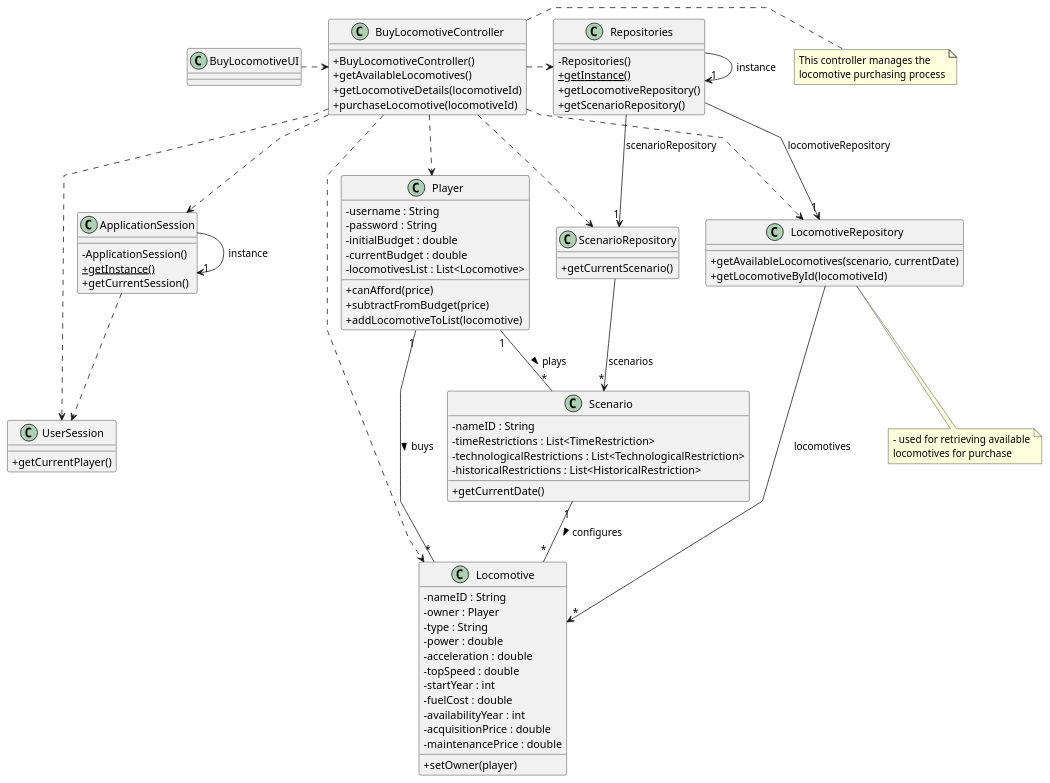
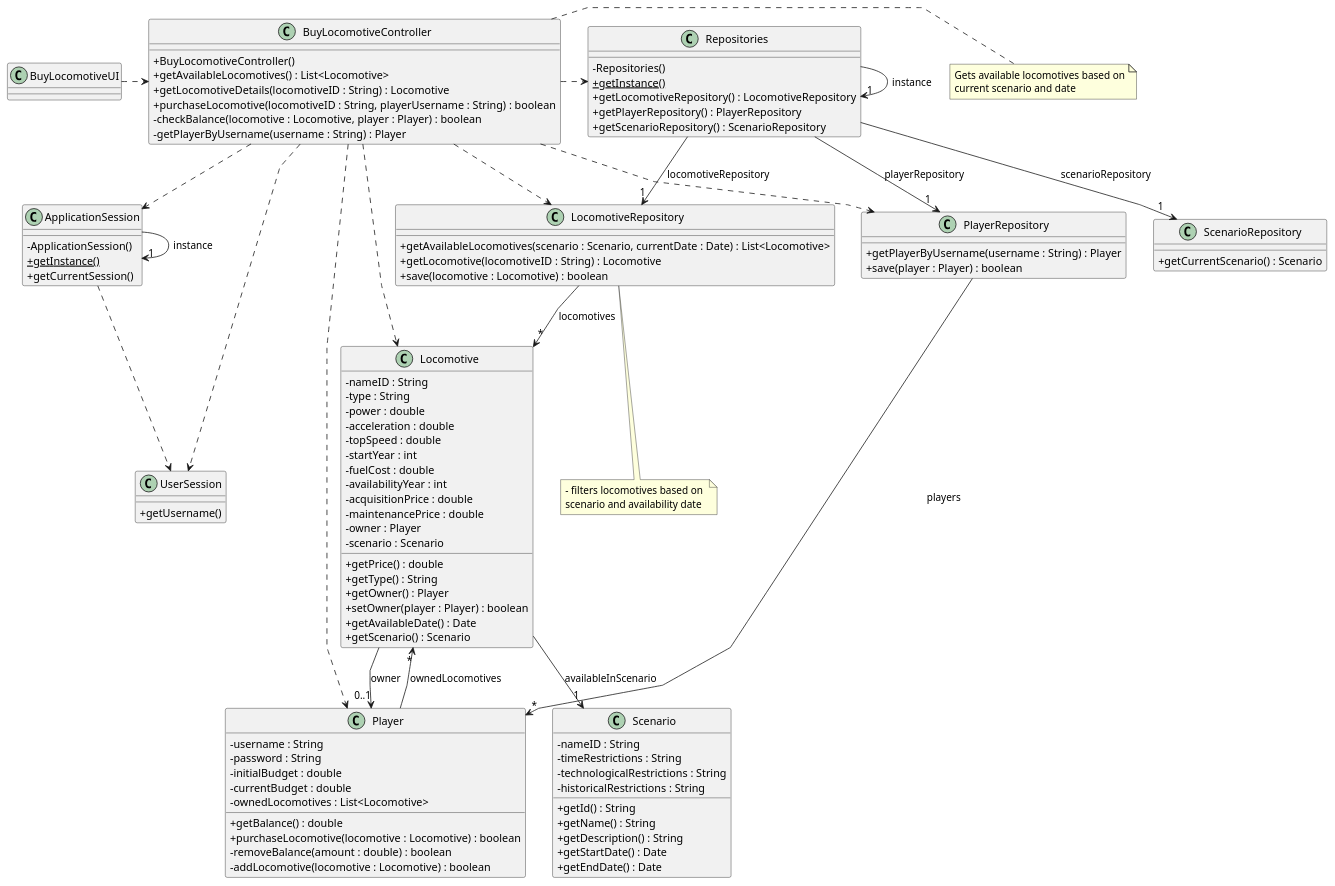
The diagram in docs/system-documentation/Sprint 2/US09/03.design/puml/US09-CD.puml (HenriqueSilva18/Railway-Network-Simulator), drawn with PlantUML before and after one commit. The commit also changed 14 other files, not shown here.

```diff
--- a/docs/system-documentation/Sprint 2/US09/03.design/puml/US09-CD.puml
+++ b/docs/system-documentation/Sprint 2/US09/03.design/puml/US09-CD.puml
@@ -1,122 +1,143 @@
 @startuml
 'skinparam monochrome true
 skinparam packageStyle rectangle
 skinparam shadowing false
 skinparam linetype polyline
 'skinparam linetype orto
 
 skinparam classAttributeIconSize 0
 
 'left to right direction
 
 class ApplicationSession
 {
     - ApplicationSession()
     + {static} getInstance()
     + getCurrentSession()
 }
 
 class UserSession
 {
-    + getCurrentPlayer()
+    + getUsername()
 }
 
 class Player {
     - username : String
     - password : String
     - initialBudget : double
     - currentBudget : double
-    - locomotivesList : List<Locomotive>
-
-    + canAfford(price)
-    + subtractFromBudget(price)
-    + addLocomotiveToList(locomotive)
+    - ownedLocomotives : List<Locomotive>
+    
+    + getBalance() : double
+    + purchaseLocomotive(locomotive : Locomotive) : boolean
+    - removeBalance(amount : double) : boolean
+    - addLocomotive(locomotive : Locomotive) : boolean
 }
 
 class Locomotive {
     - nameID : String
-    - owner : Player
     - type : String
     - power : double
     - acceleration : double
     - topSpeed : double
     - startYear : int
     - fuelCost : double
     - availabilityYear : int
     - acquisitionPrice : double
     - maintenancePrice : double
-
-    + setOwner(player)
+    - owner : Player
+    - scenario : Scenario
+    
+    + getPrice() : double
+    + getType() : String
+    + getOwner() : Player
+    + setOwner(player : Player) : boolean
+    + getAvailableDate() : Date
+    + getScenario() : Scenario
 }
 
 class Scenario {
     - nameID : String
-    - timeRestrictions : List<TimeRestriction>
-    - technologicalRestrictions : List<TechnologicalRestriction>
-    - historicalRestrictions : List<HistoricalRestriction>
-
-    + getCurrentDate()
+    - timeRestrictions : String
+    - technologicalRestrictions : String
+    - historicalRestrictions : String
+    
+    + getId() : String
+    + getName() : String
+    + getDescription() : String
+    + getStartDate() : Date
+    + getEndDate() : Date
 }
 
 class LocomotiveRepository {
-    + getAvailableLocomotives(scenario, currentDate)
-    + getLocomotiveById(locomotiveId)
+    + getAvailableLocomotives(scenario : Scenario, currentDate : Date) : List<Locomotive>
+    + getLocomotive(locomotiveID : String) : Locomotive
+    + save(locomotive : Locomotive) : boolean
+}
+
+class PlayerRepository {
+    + getPlayerByUsername(username : String) : Player
+    + save(player : Player) : boolean
 }
 
 class ScenarioRepository {
-    + getCurrentScenario()
+    + getCurrentScenario() : Scenario
 }
 
 class Repositories {
     - Repositories()
     + {static} getInstance()
-    + getLocomotiveRepository()
-    + getScenarioRepository()
+    + getLocomotiveRepository() : LocomotiveRepository
+    + getPlayerRepository() : PlayerRepository
+    + getScenarioRepository() : ScenarioRepository
 }
 
 class BuyLocomotiveController {
     + BuyLocomotiveController()
-    + getAvailableLocomotives()
-    + getLocomotiveDetails(locomotiveId)
-    + purchaseLocomotive(locomotiveId)
+    + getAvailableLocomotives() : List<Locomotive>
+    + getLocomotiveDetails(locomotiveID : String) : Locomotive
+    + purchaseLocomotive(locomotiveID : String, playerUsername : String) : boolean
+    - checkBalance(locomotive : Locomotive, player : Player) : boolean
+    - getPlayerByUsername(username : String) : Player
 }
 
 note right of BuyLocomotiveController
-    This controller manages the
-    locomotive purchasing process
+    Gets available locomotives based on
+    current scenario and date
 end note
 
 note bottom of LocomotiveRepository
-    - used for retrieving available
-    locomotives for purchase
+    - filters locomotives based on 
+    scenario and availability date
 end note
 
 class BuyLocomotiveUI {
 }
 
 BuyLocomotiveUI .> BuyLocomotiveController
 
 BuyLocomotiveController ..> ApplicationSession
 BuyLocomotiveController ..> UserSession
+BuyLocomotiveController ..> Locomotive
 BuyLocomotiveController ..> LocomotiveRepository
-BuyLocomotiveController ..> ScenarioRepository
 BuyLocomotiveController ..> Player
-BuyLocomotiveController ..> Locomotive
+BuyLocomotiveController ..> PlayerRepository
 BuyLocomotiveController .> Repositories
 
 Repositories -> "1" Repositories : instance
 Repositories --> "1" LocomotiveRepository : locomotiveRepository
+Repositories --> "1" PlayerRepository : playerRepository
 Repositories --> "1" ScenarioRepository : scenarioRepository
 
 ApplicationSession -> "1" ApplicationSession : instance
 ApplicationSession ..> UserSession
 
 LocomotiveRepository --> "*" Locomotive : locomotives
 
-ScenarioRepository --> "*" Scenario : scenarios
+PlayerRepository --> "*" Player : players
 
-Player "1" -- "*" Locomotive : buys >
-Player "1" -- "*" Scenario : plays >
-Scenario "1" -- "*" Locomotive : configures >
+Player --> "*" Locomotive : ownedLocomotives
+Locomotive --> "0..1" Player : owner
+Locomotive --> "1" Scenario : availableInScenario
 
-@enduml
+@enduml 
```
